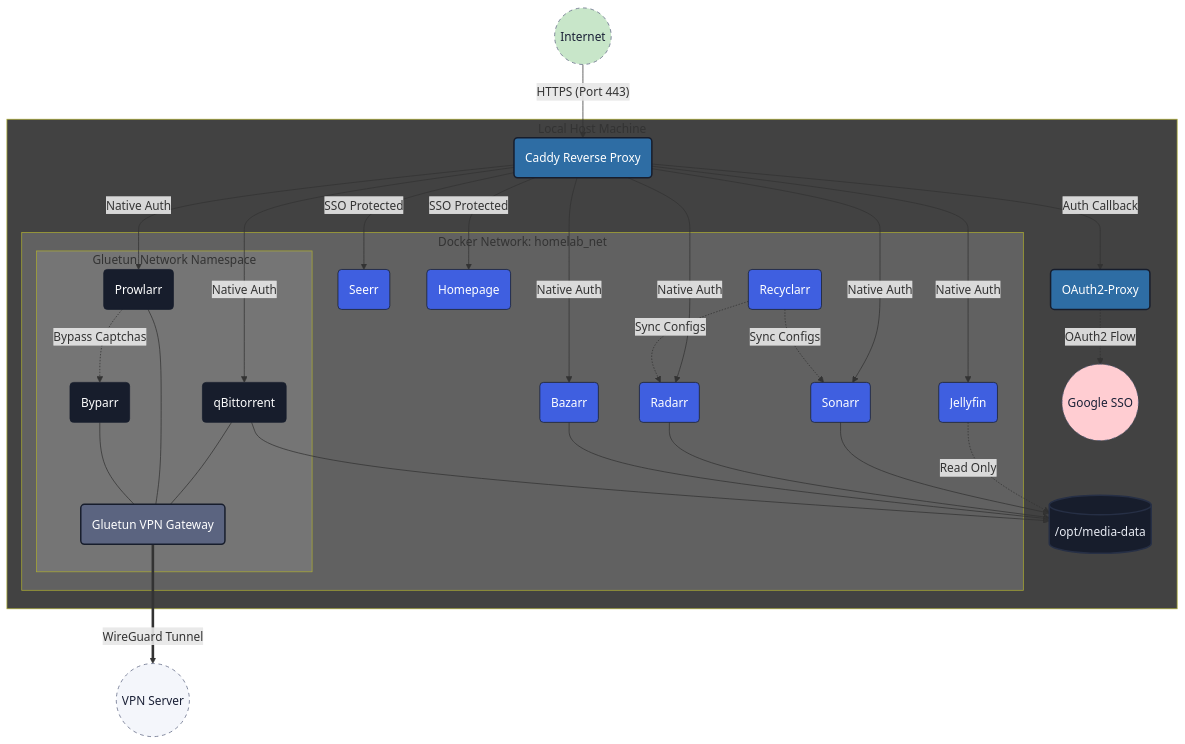
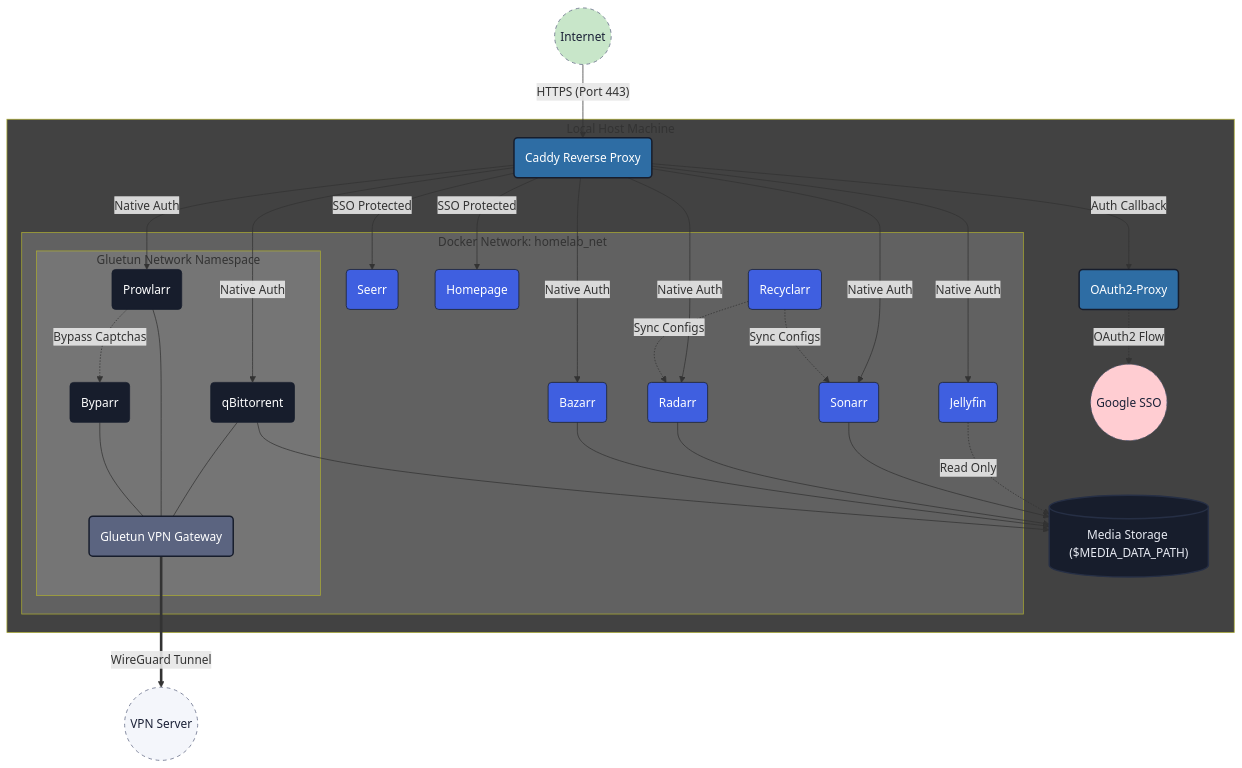
Before and after one commit to MatStacey/mst-homelab-media-stack: the diagram in README.md, drawn with Mermaid. The commit also changed other lines of this file and 4 other files, not shown here.

````diff
--- a/README.md
+++ b/README.md
@@ -8,74 +8,74 @@
 ```mermaid
 flowchart TB
  subgraph VPNNet["Gluetun Network Namespace"]
         Gluetun("Gluetun VPN Gateway")
         qBittorrent("qBittorrent")
         Prowlarr("Prowlarr")
         Byparr("Byparr")
   end
  subgraph DockerNet["Docker Network: homelab_net"]
         Jellyfin("Jellyfin")
         Seerr("Seerr")
         Homepage("Homepage")
         Sonarr("Sonarr")
         Radarr("Radarr")
         Bazarr("Bazarr")
         Recyclarr("Recyclarr")
         VPNNet
   end
  subgraph Host["Local Host Machine"]
         Caddy("Caddy Reverse Proxy")
         OAuth2("OAuth2-Proxy")
         GoogleSSO(("Google SSO"))
         DockerNet
-        MediaStorage[("/opt/media-data")]
+        MediaStorage[("Media Storage ($MEDIA_DATA_PATH)")]
   end
     Internet(("Internet")) -- HTTPS (Port 443) --> Caddy
     Caddy -- Auth Callback --> OAuth2
     OAuth2 -. OAuth2 Flow .-> GoogleSSO
     qBittorrent --- Gluetun
     Prowlarr --- Gluetun
     Byparr --- Gluetun
     Caddy -- SSO Protected --> Homepage & Seerr
     Caddy -- Native Auth --> Jellyfin & Sonarr & Radarr & Bazarr & qBittorrent & Prowlarr
     Gluetun == WireGuard Tunnel ==> VPNServer(("VPN Server"))
     Prowlarr -. Bypass Captchas .-> Byparr
     Recyclarr -. Sync Configs .-> Sonarr & Radarr
     Jellyfin -. Read Only .-> MediaStorage
     Sonarr --> MediaStorage
     Radarr --> MediaStorage
     Bazarr --> MediaStorage
     qBittorrent --> MediaStorage
 
      Gluetun:::vpn
      qBittorrent:::app
      Prowlarr:::app
      Byparr:::app
      Jellyfin:::app
      Seerr:::app
      Homepage:::app
      Sonarr:::app
      Radarr:::app
      Bazarr:::app
      Recyclarr:::app
      Caddy:::proxy
      OAuth2:::proxy
      GoogleSSO:::external
      MediaStorage:::storage
      Internet:::external
      VPNServer:::external
     classDef proxy fill:#2e6da4,stroke:#171d2c,stroke-width:2px,color:#fff
     classDef app fill:#3f5fe0,stroke:#171d2c,stroke-width:1px,color:#fff
     classDef vpn fill:#8b5cf6,stroke:#171d2c,stroke-width:2px,color:#fff
     classDef storage fill:#171d2c,stroke:#262f45,stroke-width:2px,color:#e8ebf3
     classDef external fill:#f4f6fb,stroke:#5b6480,stroke-width:1px,stroke-dasharray: 5 5,color:#1a2036
     style Gluetun fill:#5b6480
     style qBittorrent fill:#171d2c
     style Prowlarr fill:#171d2c
     style Byparr fill:#171d2c
     style VPNNet fill:#757575
     style GoogleSSO fill:#FFCDD2
     style DockerNet fill:#616161
     style Internet fill:#C8E6C9
     style Host fill:#424242
 ```
````
